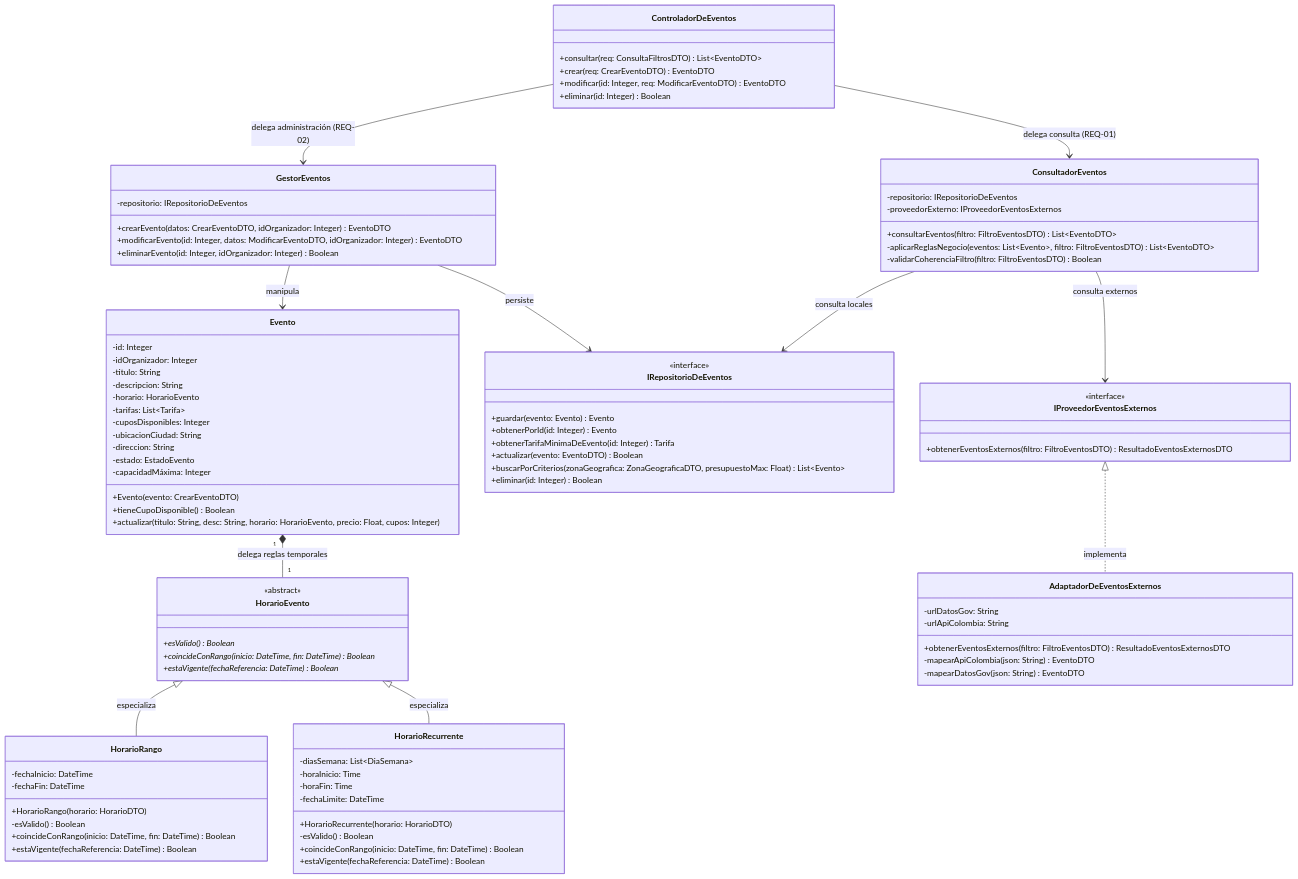
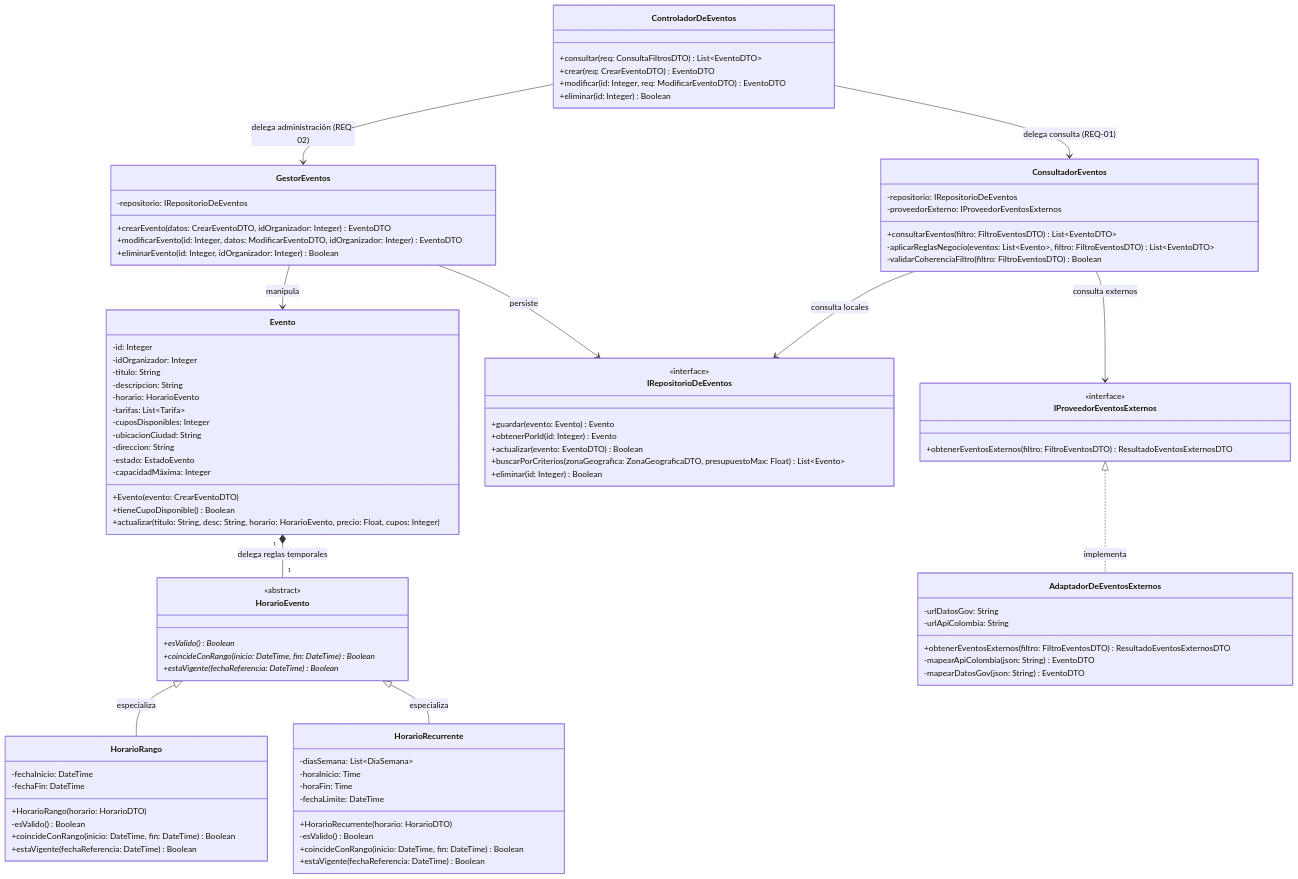
The second of 3 diagrams in Docs/Design/Diseño Arquitectónico detallado 01.md (ProyectPlanning/Sistema_de_eventos), drawn with Mermaid before and after one commit.

Commit message:
Eliminnando el metodo obtenerTarifaMinimaDeEvento

```diff
--- a/Docs/Design/Diseño Arquitectónico detallado 01.md
+++ b/Docs/Design/Diseño Arquitectónico detallado 01.md
@@ -211,7 +211,6 @@
         <<interface>>
         +guardar(evento: Evento) Evento
         +obtenerPorId(id: Integer) Evento
-        +obtenerTarifaMinimaDeEvento(id: Integer) Tarifa
         +actualizar(evento: EventoDTO) Boolean
         +buscarPorCriterios(zonaGeografica: ZonaGeograficaDTO, presupuestoMax: Float) List~Evento~
         +eliminar(id: Integer) Boolean
```
